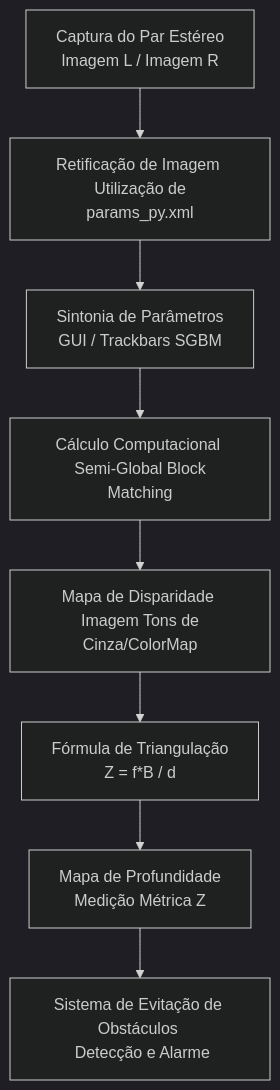
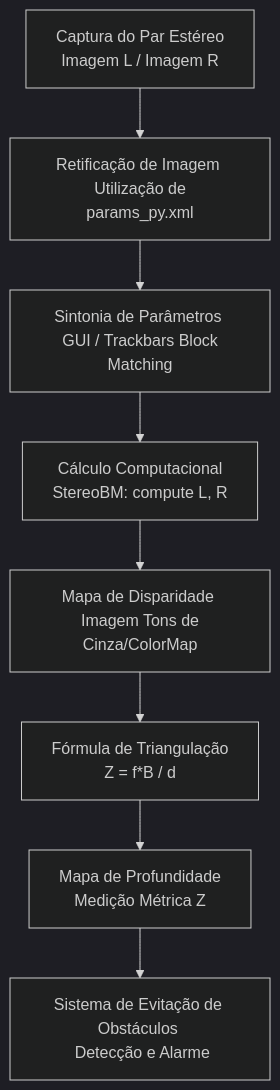
Before and after one commit to kaykyb/ufabc-cv: the diagram in site/content/posts/lab6/index.md, drawn with Mermaid (dark theme). The commit also changed other lines of this file and 4 other files, not shown here.

````diff
--- a/site/content/posts/lab6/index.md
+++ b/site/content/posts/lab6/index.md
@@ -78,10 +82,10 @@
 ```mermaid
 graph TD
     A[Captura do Par Estéreo <br> Imagem L / Imagem R] --> B[Retificação de Imagem <br> Utilização de params_py.xml]
-    B --> C[Sintonia de Parâmetros <br> GUI / Trackbars SGBM]
-    C --> D[Cálculo Computacional <br> Semi-Global Block Matching]
+    B --> C[Sintonia de Parâmetros <br> GUI / Trackbars Block Matching]
+    C --> D[Cálculo Computacional <br> StereoBM: compute L, R]
     D --> E[Mapa de Disparidade <br> Imagem Tons de Cinza/ColorMap]
     E --> F[Fórmula de Triangulação <br> Z = f*B / d]
     F --> G[Mapa de Profundidade <br> Medição Métrica Z]
     G --> H[Sistema de Evitação de Obstáculos <br> Detecção e Alarme]
 ```
````
